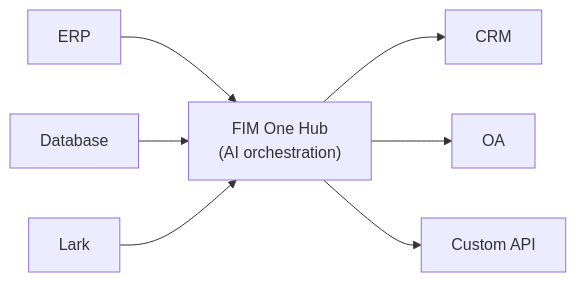
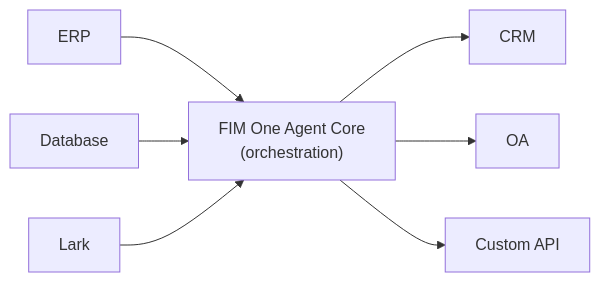
The diagram in docs/de/index.mdx (fim-ai/fim-agent), drawn with Mermaid before and after one commit. The commit also changed other lines of this file and 44 other files, not shown here.

````diff
--- a/docs/de/index.mdx
+++ b/docs/de/index.mdx
@@ -40,9 +40,9 @@
 ```mermaid
 flowchart LR
   ERP --> Hub
   Database --> Hub
   Lark --> Hub
   Hub --> CRM
   Hub --> OA
-  Hub["FIM One Hub<br/>(AI orchestration)"] --> CustomAPI["Custom API"]
+  Hub["FIM One Agent Core<br/>(orchestration)"] --> CustomAPI["Custom API"]
 ```
````
